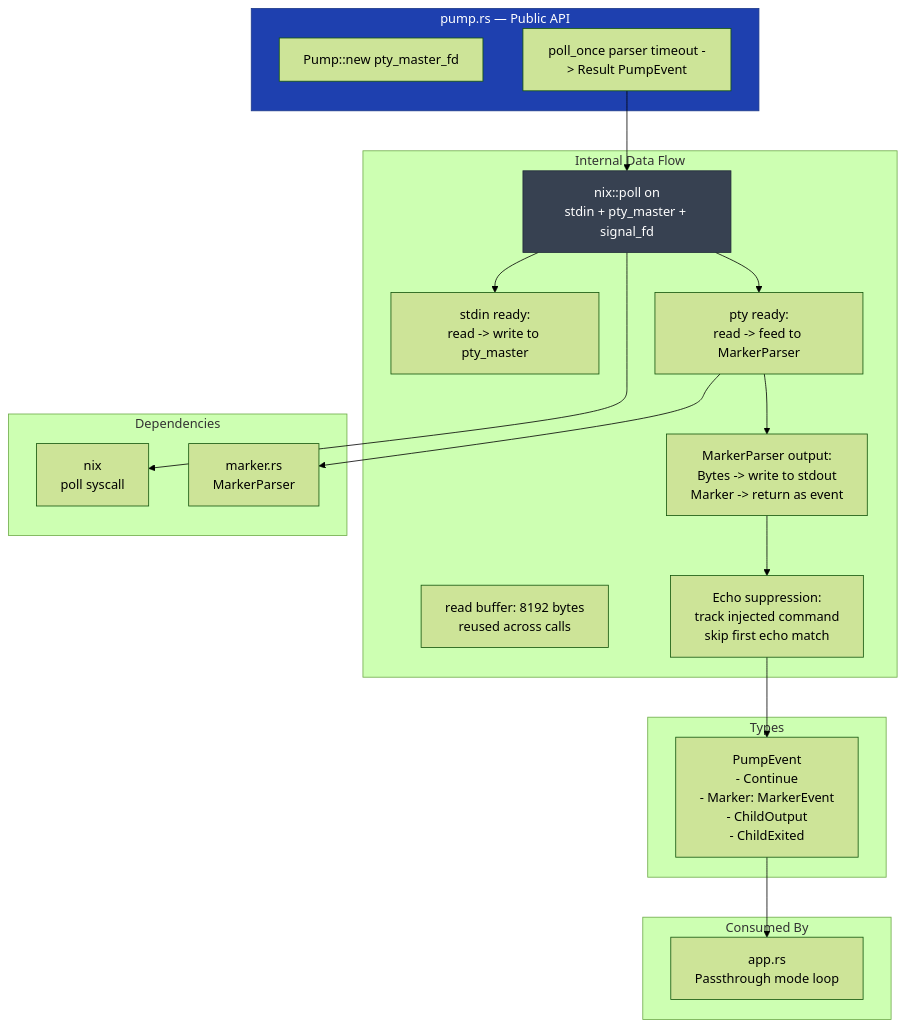
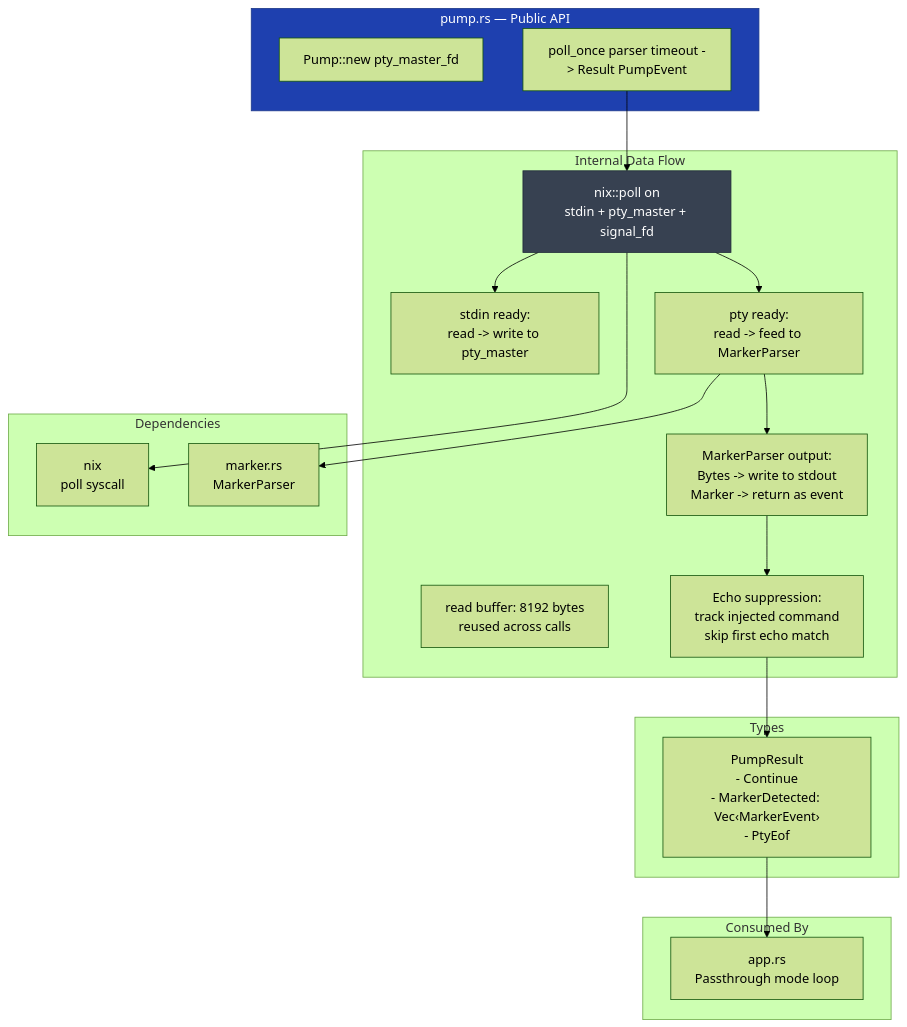
One commit to ex1tium/wrashpty changed the diagram in docs/mvp/06-module-pump.mermaid. Above: the diagram before and after it, drawn with Mermaid (forest theme). The commit also changed 5 other files, not shown here.

```diff
--- a/docs/mvp/06-module-pump.mermaid
+++ b/docs/mvp/06-module-pump.mermaid
@@ -1,42 +1,42 @@
 graph TB
     subgraph pump_public["pump.rs — Public API"]
         new_pump["Pump::new pty_master_fd"]
         poll_once["poll_once parser timeout -> Result PumpEvent"]
     end
 
     subgraph pump_types["Types"]
-        event["PumpEvent\n- Continue\n- Marker: MarkerEvent\n- ChildOutput\n- ChildExited"]
+        event["PumpResult\n- Continue\n- MarkerDetected: Vec‹MarkerEvent›\n- PtyEof"]
     end
 
     subgraph pump_internal["Internal Data Flow"]
         buf_in["read buffer: 8192 bytes\nreused across calls"]
         poll_call["nix::poll on\nstdin + pty_master + signal_fd"]
         stdin_path["stdin ready:\nread -> write to pty_master"]
         pty_path["pty ready:\nread -> feed to MarkerParser"]
         marker_check["MarkerParser output:\nBytes -> write to stdout\nMarker -> return as event"]
         echo_sup["Echo suppression:\ntrack injected command\nskip first echo match"]
     end
 
     poll_once --> poll_call
     poll_call --> stdin_path
     poll_call --> pty_path
     pty_path --> marker_check
     marker_check --> echo_sup
     echo_sup --> event
 
     subgraph pump_deps["Dependencies"]
         d_nix["nix\npoll syscall"]
         d_marker["marker.rs\nMarkerParser"]
     end
 
     poll_call --> d_nix
     pty_path --> d_marker
 
     subgraph pump_consumers["Consumed By"]
         c_app["app.rs\nPassthrough mode loop"]
     end
 
     event --> c_app
 
     style pump_public fill:#1e40af,stroke:#1e3a8a,color:#fff
     style poll_call fill:#374151,stroke:#1f2937,color:#fff
```
